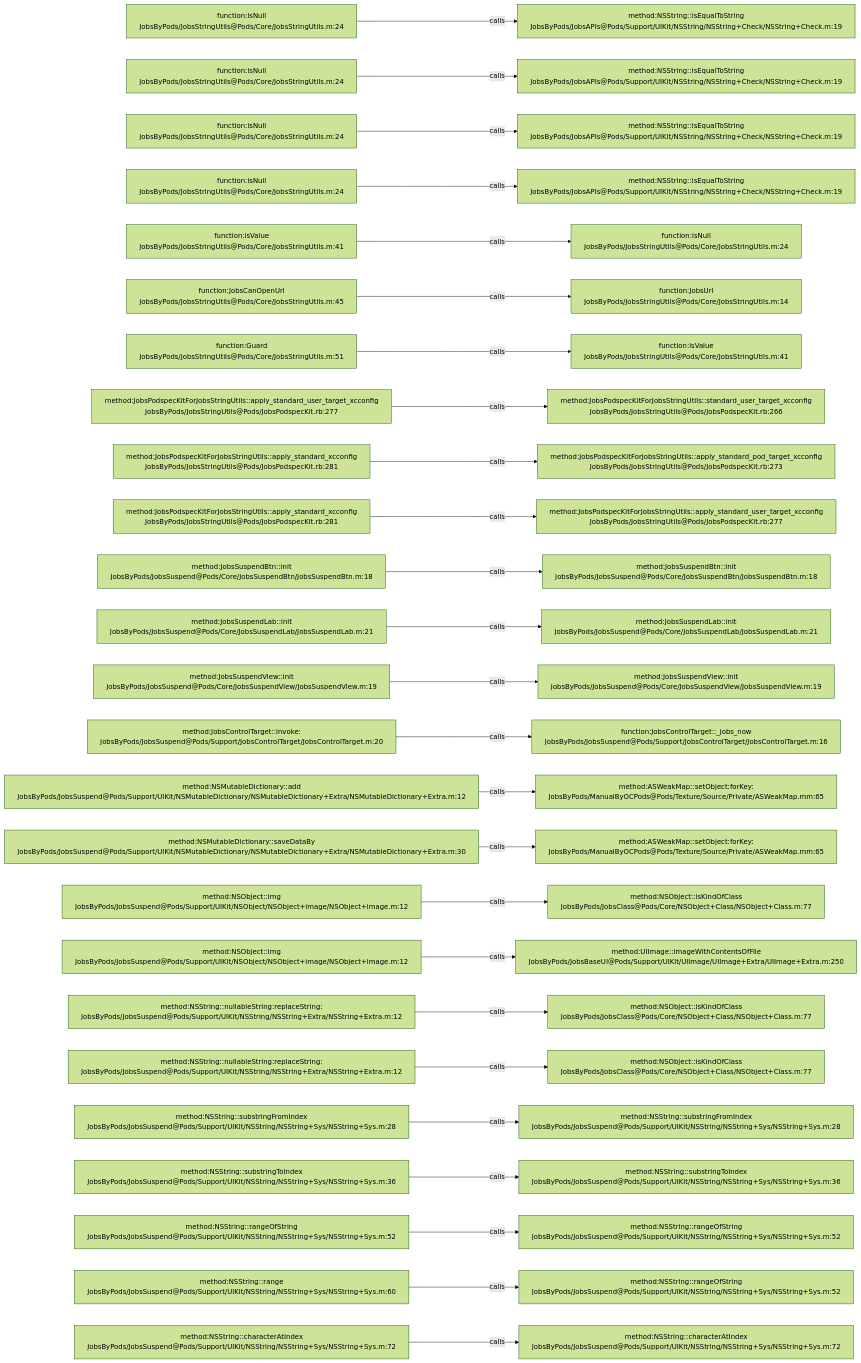
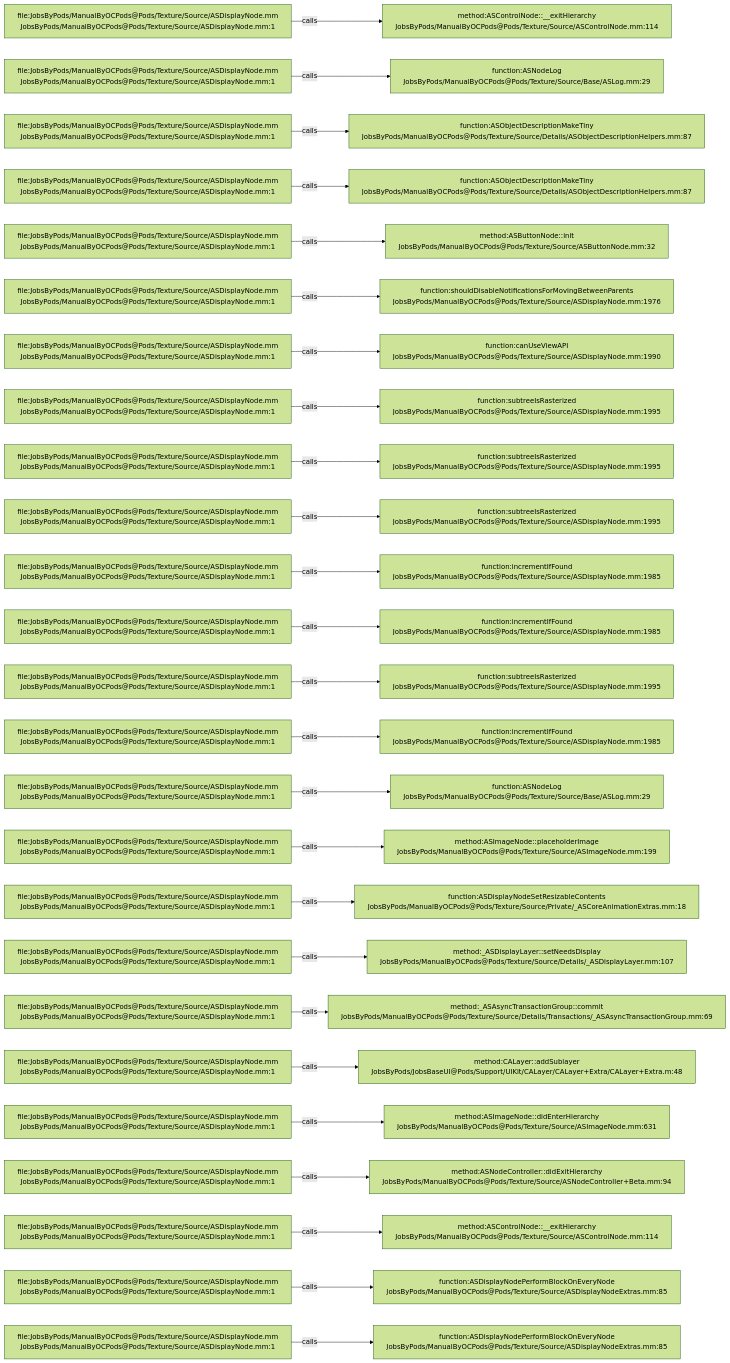
The diagram in .codegraph/codegraph.md/graphs/calls-109.md (JobsKits/JobsOCBaseConfigDemo), drawn with Mermaid (forest theme) before and after one commit. The commit also changed 2162 other files, not shown here.

````diff
--- a/.codegraph/codegraph.md/graphs/calls-109.md
+++ b/.codegraph/codegraph.md/graphs/calls-109.md
@@ -13,78 +13,78 @@
 ```mermaid
 flowchart LR
-  S1["function:isNull<br/>JobsByPods/JobsStringUtils@Pods/Core/JobsStringUtils.m:24"]
-  T1["method:NSString::isEqualToString<br/>JobsByPods/JobsAPIs@Pods/Support/UIKit/NSString/NSString+Check/NSString+Check.m:19"]
+  S1["file:JobsByPods/ManualByOCPods@Pods/Texture/Source/ASDisplayNode.mm<br/>JobsByPods/ManualByOCPods@Pods/Texture/Source/ASDisplayNode.mm:1"]
+  T1["method:ASControlNode::__exitHierarchy<br/>JobsByPods/ManualByOCPods@Pods/Texture/Source/ASControlNode.mm:114"]
   S1 -->|calls| T1
-  S2["function:isNull<br/>JobsByPods/JobsStringUtils@Pods/Core/JobsStringUtils.m:24"]
-  T2["method:NSString::isEqualToString<br/>JobsByPods/JobsAPIs@Pods/Support/UIKit/NSString/NSString+Check/NSString+Check.m:19"]
+  S2["file:JobsByPods/ManualByOCPods@Pods/Texture/Source/ASDisplayNode.mm<br/>JobsByPods/ManualByOCPods@Pods/Texture/Source/ASDisplayNode.mm:1"]
+  T2["function:ASNodeLog<br/>JobsByPods/ManualByOCPods@Pods/Texture/Source/Base/ASLog.mm:29"]
   S2 -->|calls| T2
-  S3["function:isNull<br/>JobsByPods/JobsStringUtils@Pods/Core/JobsStringUtils.m:24"]
-  T3["method:NSString::isEqualToString<br/>JobsByPods/JobsAPIs@Pods/Support/UIKit/NSString/NSString+Check/NSString+Check.m:19"]
+  S3["file:JobsByPods/ManualByOCPods@Pods/Texture/Source/ASDisplayNode.mm<br/>JobsByPods/ManualByOCPods@Pods/Texture/Source/ASDisplayNode.mm:1"]
+  T3["function:ASObjectDescriptionMakeTiny<br/>JobsByPods/ManualByOCPods@Pods/Texture/Source/Details/ASObjectDescriptionHelpers.mm:87"]
   S3 -->|calls| T3
-  S4["function:isNull<br/>JobsByPods/JobsStringUtils@Pods/Core/JobsStringUtils.m:24"]
-  T4["method:NSString::isEqualToString<br/>JobsByPods/JobsAPIs@Pods/Support/UIKit/NSString/NSString+Check/NSString+Check.m:19"]
+  S4["file:JobsByPods/ManualByOCPods@Pods/Texture/Source/ASDisplayNode.mm<br/>JobsByPods/ManualByOCPods@Pods/Texture/Source/ASDisplayNode.mm:1"]
+  T4["function:ASObjectDescriptionMakeTiny<br/>JobsByPods/ManualByOCPods@Pods/Texture/Source/Details/ASObjectDescriptionHelpers.mm:87"]
   S4 -->|calls| T4
-  S5["function:isValue<br/>JobsByPods/JobsStringUtils@Pods/Core/JobsStringUtils.m:41"]
-  T5["function:isNull<br/>JobsByPods/JobsStringUtils@Pods/Core/JobsStringUtils.m:24"]
+  S5["file:JobsByPods/ManualByOCPods@Pods/Texture/Source/ASDisplayNode.mm<br/>JobsByPods/ManualByOCPods@Pods/Texture/Source/ASDisplayNode.mm:1"]
+  T5["method:ASButtonNode::init<br/>JobsByPods/ManualByOCPods@Pods/Texture/Source/ASButtonNode.mm:32"]
   S5 -->|calls| T5
-  S6["function:JobsCanOpenUrl<br/>JobsByPods/JobsStringUtils@Pods/Core/JobsStringUtils.m:45"]
-  T6["function:JobsUrl<br/>JobsByPods/JobsStringUtils@Pods/Core/JobsStringUtils.m:14"]
+  S6["file:JobsByPods/ManualByOCPods@Pods/Texture/Source/ASDisplayNode.mm<br/>JobsByPods/ManualByOCPods@Pods/Texture/Source/ASDisplayNode.mm:1"]
+  T6["function:shouldDisableNotificationsForMovingBetweenParents<br/>JobsByPods/ManualByOCPods@Pods/Texture/Source/ASDisplayNode.mm:1976"]
   S6 -->|calls| T6
-  S7["function:Guard<br/>JobsByPods/JobsStringUtils@Pods/Core/JobsStringUtils.m:51"]
-  T7["function:isValue<br/>JobsByPods/JobsStringUtils@Pods/Core/JobsStringUtils.m:41"]
+  S7["file:JobsByPods/ManualByOCPods@Pods/Texture/Source/ASDisplayNode.mm<br/>JobsByPods/ManualByOCPods@Pods/Texture/Source/ASDisplayNode.mm:1"]
+  T7["function:canUseViewAPI<br/>JobsByPods/ManualByOCPods@Pods/Texture/Source/ASDisplayNode.mm:1990"]
   S7 -->|calls| T7
-  S8["method:JobsPodspecKitForJobsStringUtils::apply_standard_user_target_xcconfig<br/>JobsByPods/JobsStringUtils@Pods/JobsPodspecKit.rb:277"]
-  T8["method:JobsPodspecKitForJobsStringUtils::standard_user_target_xcconfig<br/>JobsByPods/JobsStringUtils@Pods/JobsPodspecKit.rb:266"]
+  S8["file:JobsByPods/ManualByOCPods@Pods/Texture/Source/ASDisplayNode.mm<br/>JobsByPods/ManualByOCPods@Pods/Texture/Source/ASDisplayNode.mm:1"]
+  T8["function:subtreeIsRasterized<br/>JobsByPods/ManualByOCPods@Pods/Texture/Source/ASDisplayNode.mm:1995"]
   S8 -->|calls| T8
-  S9["method:JobsPodspecKitForJobsStringUtils::apply_standard_xcconfig<br/>JobsByPods/JobsStringUtils@Pods/JobsPodspecKit.rb:281"]
-  T9["method:JobsPodspecKitForJobsStringUtils::apply_standard_pod_target_xcconfig<br/>JobsByPods/JobsStringUtils@Pods/JobsPodspecKit.rb:273"]
+  S9["file:JobsByPods/ManualByOCPods@Pods/Texture/Source/ASDisplayNode.mm<br/>JobsByPods/ManualByOCPods@Pods/Texture/Source/ASDisplayNode.mm:1"]
+  T9["function:subtreeIsRasterized<br/>JobsByPods/ManualByOCPods@Pods/Texture/Source/ASDisplayNode.mm:1995"]
   S9 -->|calls| T9
-  S10["method:JobsPodspecKitForJobsStringUtils::apply_standard_xcconfig<br/>JobsByPods/JobsStringUtils@Pods/JobsPodspecKit.rb:281"]
-  T10["method:JobsPodspecKitForJobsStringUtils::apply_standard_user_target_xcconfig<br/>JobsByPods/JobsStringUtils@Pods/JobsPodspecKit.rb:277"]
+  S10["file:JobsByPods/ManualByOCPods@Pods/Texture/Source/ASDisplayNode.mm<br/>JobsByPods/ManualByOCPods@Pods/Texture/Source/ASDisplayNode.mm:1"]
+  T10["function:subtreeIsRasterized<br/>JobsByPods/ManualByOCPods@Pods/Texture/Source/ASDisplayNode.mm:1995"]
   S10 -->|calls| T10
-  S11["method:JobsSuspendBtn::init<br/>JobsByPods/JobsSuspend@Pods/Core/JobsSuspendBtn/JobsSuspendBtn.m:18"]
-  T11["method:JobsSuspendBtn::init<br/>JobsByPods/JobsSuspend@Pods/Core/JobsSuspendBtn/JobsSuspendBtn.m:18"]
+  S11["file:JobsByPods/ManualByOCPods@Pods/Texture/Source/ASDisplayNode.mm<br/>JobsByPods/ManualByOCPods@Pods/Texture/Source/ASDisplayNode.mm:1"]
+  T11["function:incrementIfFound<br/>JobsByPods/ManualByOCPods@Pods/Texture/Source/ASDisplayNode.mm:1985"]
   S11 -->|calls| T11
-  S12["method:JobsSuspendLab::init<br/>JobsByPods/JobsSuspend@Pods/Core/JobsSuspendLab/JobsSuspendLab.m:21"]
-  T12["method:JobsSuspendLab::init<br/>JobsByPods/JobsSuspend@Pods/Core/JobsSuspendLab/JobsSuspendLab.m:21"]
+  S12["file:JobsByPods/ManualByOCPods@Pods/Texture/Source/ASDisplayNode.mm<br/>JobsByPods/ManualByOCPods@Pods/Texture/Source/ASDisplayNode.mm:1"]
+  T12["function:incrementIfFound<br/>JobsByPods/ManualByOCPods@Pods/Texture/Source/ASDisplayNode.mm:1985"]
   S12 -->|calls| T12
-  S13["method:JobsSuspendView::init<br/>JobsByPods/JobsSuspend@Pods/Core/JobsSuspendView/JobsSuspendView.m:19"]
-  T13["method:JobsSuspendView::init<br/>JobsByPods/JobsSuspend@Pods/Core/JobsSuspendView/JobsSuspendView.m:19"]
+  S13["file:JobsByPods/ManualByOCPods@Pods/Texture/Source/ASDisplayNode.mm<br/>JobsByPods/ManualByOCPods@Pods/Texture/Source/ASDisplayNode.mm:1"]
+  T13["function:subtreeIsRasterized<br/>JobsByPods/ManualByOCPods@Pods/Texture/Source/ASDisplayNode.mm:1995"]
   S13 -->|calls| T13
-  S14["method:JobsControlTarget::invoke:<br/>JobsByPods/JobsSuspend@Pods/Support/JobsControlTarget/JobsControlTarget.m:20"]
-  T14["function:JobsControlTarget::_jobs_now<br/>JobsByPods/JobsSuspend@Pods/Support/JobsControlTarget/JobsControlTarget.m:16"]
+  S14["file:JobsByPods/ManualByOCPods@Pods/Texture/Source/ASDisplayNode.mm<br/>JobsByPods/ManualByOCPods@Pods/Texture/Source/ASDisplayNode.mm:1"]
+  T14["function:incrementIfFound<br/>JobsByPods/ManualByOCPods@Pods/Texture/Source/ASDisplayNode.mm:1985"]
   S14 -->|calls| T14
-  S15["method:NSMutableDictionary::add<br/>JobsByPods/JobsSuspend@Pods/Support/UIKit/NSMutableDictionary/NSMutableDictionary+Extra/NSMutableDictionary+Extra.m:12"]
-  T15["method:ASWeakMap::setObject:forKey:<br/>JobsByPods/ManualByOCPods@Pods/Texture/Source/Private/ASWeakMap.mm:65"]
+  S15["file:JobsByPods/ManualByOCPods@Pods/Texture/Source/ASDisplayNode.mm<br/>JobsByPods/ManualByOCPods@Pods/Texture/Source/ASDisplayNode.mm:1"]
+  T15["function:ASNodeLog<br/>JobsByPods/ManualByOCPods@Pods/Texture/Source/Base/ASLog.mm:29"]
   S15 -->|calls| T15
-  S16["method:NSMutableDictionary::saveDataBy<br/>JobsByPods/JobsSuspend@Pods/Support/UIKit/NSMutableDictionary/NSMutableDictionary+Extra/NSMutableDictionary+Extra.m:30"]
-  T16["method:ASWeakMap::setObject:forKey:<br/>JobsByPods/ManualByOCPods@Pods/Texture/Source/Private/ASWeakMap.mm:65"]
+  S16["file:JobsByPods/ManualByOCPods@Pods/Texture/Source/ASDisplayNode.mm<br/>JobsByPods/ManualByOCPods@Pods/Texture/Source/ASDisplayNode.mm:1"]
+  T16["method:ASImageNode::placeholderImage<br/>JobsByPods/ManualByOCPods@Pods/Texture/Source/ASImageNode.mm:199"]
   S16 -->|calls| T16
-  S17["method:NSObject::img<br/>JobsByPods/JobsSuspend@Pods/Support/UIKit/NSObject/NSObject+image/NSObject+image.m:12"]
-  T17["method:NSObject::isKindOfClass<br/>JobsByPods/JobsClass@Pods/Core/NSObject+Class/NSObject+Class.m:77"]
+  S17["file:JobsByPods/ManualByOCPods@Pods/Texture/Source/ASDisplayNode.mm<br/>JobsByPods/ManualByOCPods@Pods/Texture/Source/ASDisplayNode.mm:1"]
+  T17["function:ASDisplayNodeSetResizableContents<br/>JobsByPods/ManualByOCPods@Pods/Texture/Source/Private/_ASCoreAnimationExtras.mm:18"]
   S17 -->|calls| T17
-  S18["method:NSObject::img<br/>JobsByPods/JobsSuspend@Pods/Support/UIKit/NSObject/NSObject+image/NSObject+image.m:12"]
-  T18["method:UIImage::imageWithContentsOfFile<br/>JobsByPods/JobsBaseUI@Pods/Support/UIKit/UIImage/UIImage+Extra/UIImage+Extra.m:250"]
+  S18["file:JobsByPods/ManualByOCPods@Pods/Texture/Source/ASDisplayNode.mm<br/>JobsByPods/ManualByOCPods@Pods/Texture/Source/ASDisplayNode.mm:1"]
+  T18["method:_ASDisplayLayer::setNeedsDisplay<br/>JobsByPods/ManualByOCPods@Pods/Texture/Source/Details/_ASDisplayLayer.mm:107"]
   S18 -->|calls| T18
-  S19["method:NSString::nullableString:replaceString:<br/>JobsByPods/JobsSuspend@Pods/Support/UIKit/NSString/NSString+Extra/NSString+Extra.m:12"]
-  T19["method:NSObject::isKindOfClass<br/>JobsByPods/JobsClass@Pods/Core/NSObject+Class/NSObject+Class.m:77"]
+  S19["file:JobsByPods/ManualByOCPods@Pods/Texture/Source/ASDisplayNode.mm<br/>JobsByPods/ManualByOCPods@Pods/Texture/Source/ASDisplayNode.mm:1"]
+  T19["method:_ASAsyncTransactionGroup::commit<br/>JobsByPods/ManualByOCPods@Pods/Texture/Source/Details/Transactions/_ASAsyncTransactionGroup.mm:69"]
   S19 -->|calls| T19
-  S20["method:NSString::nullableString:replaceString:<br/>JobsByPods/JobsSuspend@Pods/Support/UIKit/NSString/NSString+Extra/NSString+Extra.m:12"]
-  T20["method:NSObject::isKindOfClass<br/>JobsByPods/JobsClass@Pods/Core/NSObject+Class/NSObject+Class.m:77"]
+  S20["file:JobsByPods/ManualByOCPods@Pods/Texture/Source/ASDisplayNode.mm<br/>JobsByPods/ManualByOCPods@Pods/Texture/Source/ASDisplayNode.mm:1"]
+  T20["method:CALayer::addSublayer<br/>JobsByPods/JobsBaseUI@Pods/Support/UIKit/CALayer/CALayer+Extra/CALayer+Extra.m:48"]
   S20 -->|calls| T20
-  S21["method:NSString::substringFromIndex<br/>JobsByPods/JobsSuspend@Pods/Support/UIKit/NSString/NSString+Sys/NSString+Sys.m:28"]
-  T21["method:NSString::substringFromIndex<br/>JobsByPods/JobsSuspend@Pods/Support/UIKit/NSString/NSString+Sys/NSString+Sys.m:28"]
+  S21["file:JobsByPods/ManualByOCPods@Pods/Texture/Source/ASDisplayNode.mm<br/>JobsByPods/ManualByOCPods@Pods/Texture/Source/ASDisplayNode.mm:1"]
+  T21["method:ASImageNode::didEnterHierarchy<br/>JobsByPods/ManualByOCPods@Pods/Texture/Source/ASImageNode.mm:631"]
   S21 -->|calls| T21
-  S22["method:NSString::substringToIndex<br/>JobsByPods/JobsSuspend@Pods/Support/UIKit/NSString/NSString+Sys/NSString+Sys.m:36"]
-  T22["method:NSString::substringToIndex<br/>JobsByPods/JobsSuspend@Pods/Support/UIKit/NSString/NSString+Sys/NSString+Sys.m:36"]
+  S22["file:JobsByPods/ManualByOCPods@Pods/Texture/Source/ASDisplayNode.mm<br/>JobsByPods/ManualByOCPods@Pods/Texture/Source/ASDisplayNode.mm:1"]
+  T22["method:ASNodeController::didExitHierarchy<br/>JobsByPods/ManualByOCPods@Pods/Texture/Source/ASNodeController+Beta.mm:94"]
   S22 -->|calls| T22
-  S23["method:NSString::rangeOfString<br/>JobsByPods/JobsSuspend@Pods/Support/UIKit/NSString/NSString+Sys/NSString+Sys.m:52"]
-  T23["method:NSString::rangeOfString<br/>JobsByPods/JobsSuspend@Pods/Support/UIKit/NSString/NSString+Sys/NSString+Sys.m:52"]
+  S23["file:JobsByPods/ManualByOCPods@Pods/Texture/Source/ASDisplayNode.mm<br/>JobsByPods/ManualByOCPods@Pods/Texture/Source/ASDisplayNode.mm:1"]
+  T23["method:ASControlNode::__exitHierarchy<br/>JobsByPods/ManualByOCPods@Pods/Texture/Source/ASControlNode.mm:114"]
   S23 -->|calls| T23
-  S24["method:NSString::range<br/>JobsByPods/JobsSuspend@Pods/Support/UIKit/NSString/NSString+Sys/NSString+Sys.m:60"]
-  T24["method:NSString::rangeOfString<br/>JobsByPods/JobsSuspend@Pods/Support/UIKit/NSString/NSString+Sys/NSString+Sys.m:52"]
+  S24["file:JobsByPods/ManualByOCPods@Pods/Texture/Source/ASDisplayNode.mm<br/>JobsByPods/ManualByOCPods@Pods/Texture/Source/ASDisplayNode.mm:1"]
+  T24["function:ASDisplayNodePerformBlockOnEveryNode<br/>JobsByPods/ManualByOCPods@Pods/Texture/Source/ASDisplayNodeExtras.mm:85"]
   S24 -->|calls| T24
-  S25["method:NSString::characterAtIndex<br/>JobsByPods/JobsSuspend@Pods/Support/UIKit/NSString/NSString+Sys/NSString+Sys.m:72"]
-  T25["method:NSString::characterAtIndex<br/>JobsByPods/JobsSuspend@Pods/Support/UIKit/NSString/NSString+Sys/NSString+Sys.m:72"]
+  S25["file:JobsByPods/ManualByOCPods@Pods/Texture/Source/ASDisplayNode.mm<br/>JobsByPods/ManualByOCPods@Pods/Texture/Source/ASDisplayNode.mm:1"]
+  T25["function:ASDisplayNodePerformBlockOnEveryNode<br/>JobsByPods/ManualByOCPods@Pods/Texture/Source/ASDisplayNodeExtras.mm:85"]
   S25 -->|calls| T25
 ```
````
